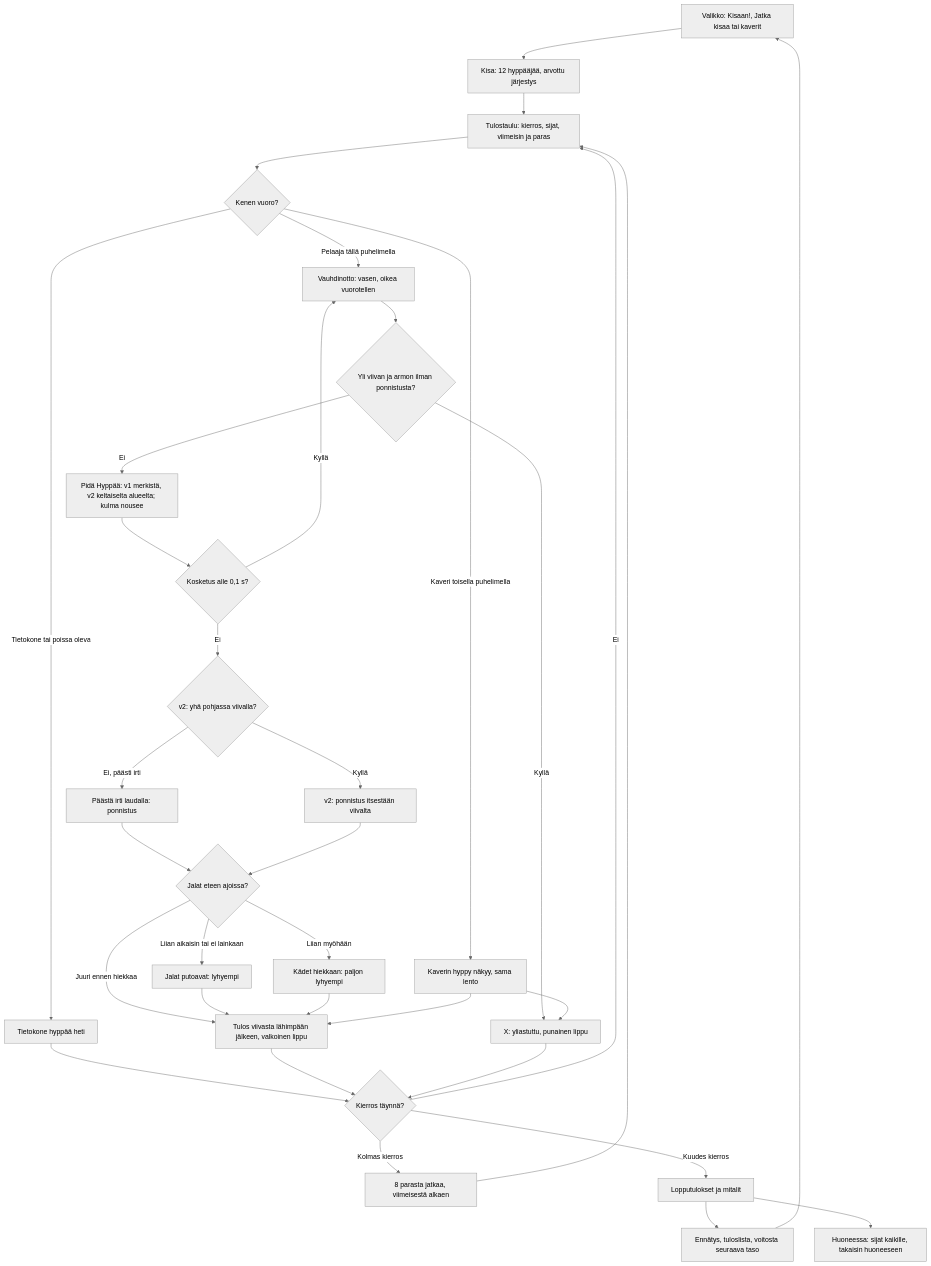
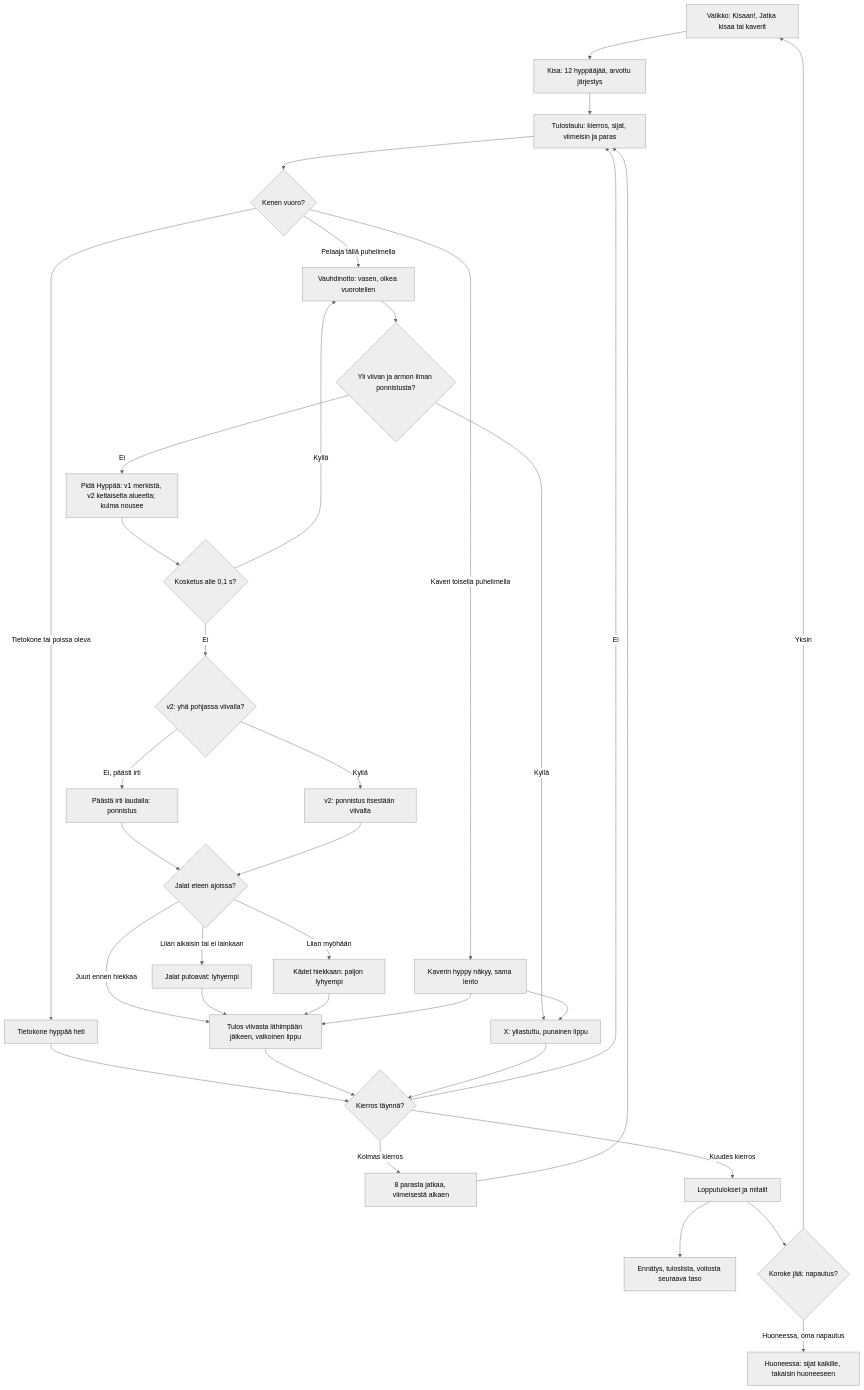
The diagram in docs/diagrams/pituushyppy.md (eerovil/ai-pelit), drawn with Mermaid (neutral theme) before and after one commit. The commit also changed other lines of this file and 1 other file, not shown here.

Commit message:
Review fixes: draw before reading medal pixels; the v6 podium waits for a tap in the diagram (#176)

````diff
--- a/docs/diagrams/pituushyppy.md
+++ b/docs/diagrams/pituushyppy.md
@@ -11,42 +11,43 @@
 ```mermaid
 flowchart TD
   M[Valikko: Kisaan!, Jatka kisaa tai kaverit] --> K[Kisa: 12 hyppääjää, arvottu järjestys]
   K --> T[Tulostaulu: kierros, sijat, viimeisin ja paras]
   T --> Q{Kenen vuoro?}
   Q -- Tietokone tai poissa oleva --> CPU[Tietokone hyppää heti]
   CPU --> NX
   Q -- Pelaaja tällä puhelimella --> R[Vauhdinotto: vasen, oikea vuorotellen]
   Q -- Kaveri toisella puhelimella --> WT[Kaverin hyppy näkyy, sama lento]
   R --> LN{Yli viivan ja armon ilman ponnistusta?}
   LN -- Kyllä --> X[X: yliastuttu, punainen lippu]
   LN -- Ei --> A[Pidä Hyppää: v1 merkistä, v2 keltaiselta alueelta; kulma nousee]
   A --> RL{Kosketus alle 0,1 s?}
   RL -- Kyllä --> R
   RL -- Ei --> AU{v2: yhä pohjassa viivalla?}
   AU -- Ei, päästi irti --> F[Päästä irti laudalla: ponnistus]
   AU -- Kyllä --> AUTO[v2: ponnistus itsestään viivalta]
   F --> L{Jalat eteen ajoissa?}
   AUTO --> L
   L -- Liian aikaisin tai ei lainkaan --> DR[Jalat putoavat: lyhyempi]
   L -- Juuri ennen hiekkaa --> D
   L -- Liian myöhään --> HB[Kädet hiekkaan: paljon lyhyempi]
   DR --> D[Tulos viivasta lähimpään jälkeen, valkoinen lippu]
   HB --> D
   WT --> D
   WT --> X
   D --> NX{Kierros täynnä?}
   X --> NX
   NX -- Ei --> T
   NX -- Kolmas kierros --> CUT[8 parasta jatkaa, viimeisestä alkaen]
   NX -- Kuudes kierros --> END[Lopputulokset ja mitalit]
   CUT --> T
   END --> S[Ennätys, tuloslista, voitosta seuraava taso]
-  S --> M
-  END --> RM[Huoneessa: sijat kaikille, takaisin huoneeseen]
+  END --> TAP{Koroke jää: napautus?}
+  TAP -- Yksin --> M
+  TAP -- Huoneessa, oma napautus --> RM[Huoneessa: sijat kaikille, takaisin huoneeseen]
   class M,R,A,F,T blue
   class CPU,WT violet
-  class Q,LN,RL,AU,L,NX amber
+  class Q,LN,RL,AU,L,NX,TAP amber
   class K,D,DR,HB,CUT,AUTO teal
   class X rose
   class END,S,RM green
 ```
````
